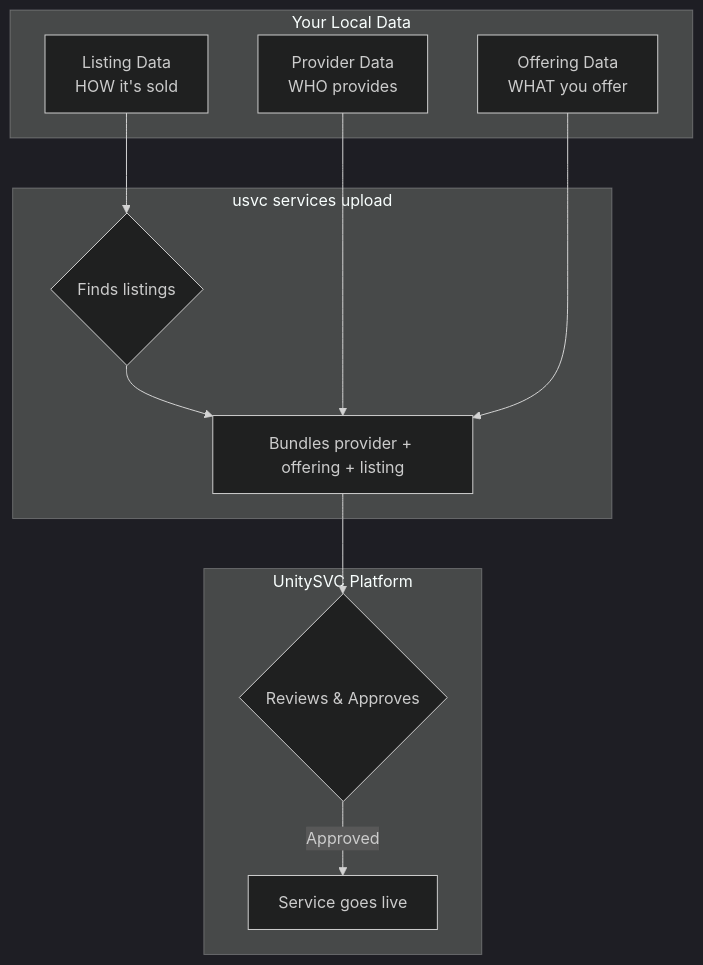
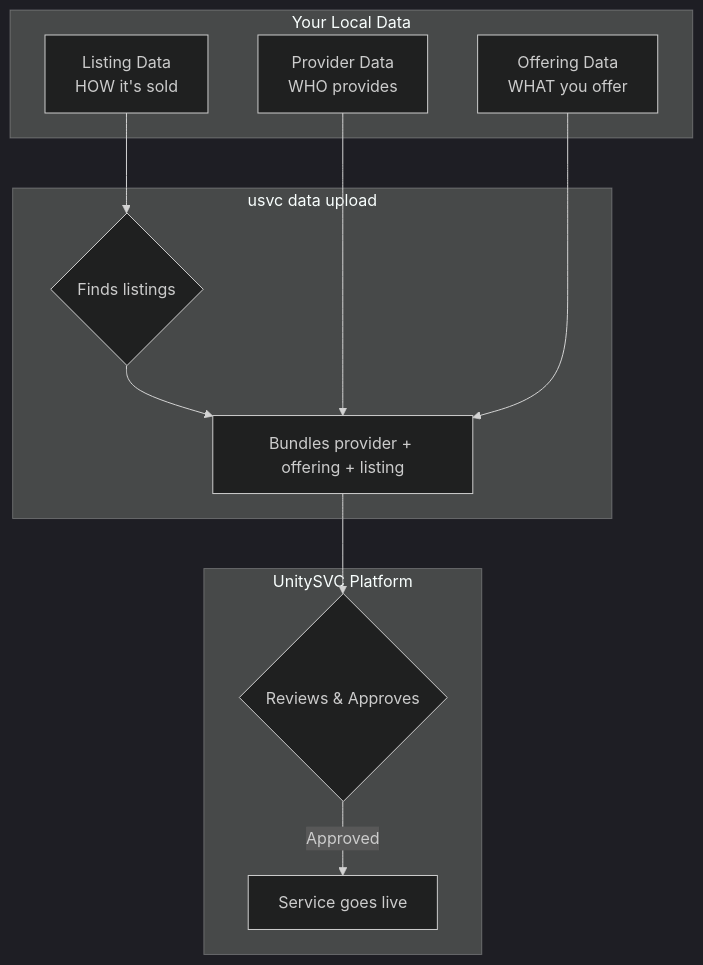
One commit to unitysvc/unitysvc-services changed the second of 2 diagrams in docs/getting-started.md. Above: the diagram before and after it, drawn with Mermaid (dark theme). The commit also changed other lines of this file and 11 other files, not shown here.

Commit message:
rename usvc services upload to usvc data upload

````diff
--- a/docs/getting-started.md
+++ b/docs/getting-started.md
@@ -167,25 +167,25 @@
 ```mermaid
 flowchart TD
     subgraph Local["Your Local Data"]
         A[Provider Data<br/>WHO provides]
         B[Offering Data<br/>WHAT you offer]
         C[Listing Data<br/>HOW it's sold]
     end
 
-    subgraph Upload["usvc services upload"]
+    subgraph Upload["usvc data upload"]
         D{Finds listings}
         E[Bundles provider + offering + listing]
     end
 
     subgraph Platform["UnitySVC Platform"]
         F{Reviews & Approves}
         G[Service goes live]
     end
 
     C --> D
     D --> E
     A --> E
     B --> E
     E --> F
     F -->|Approved| G
 ```
````
